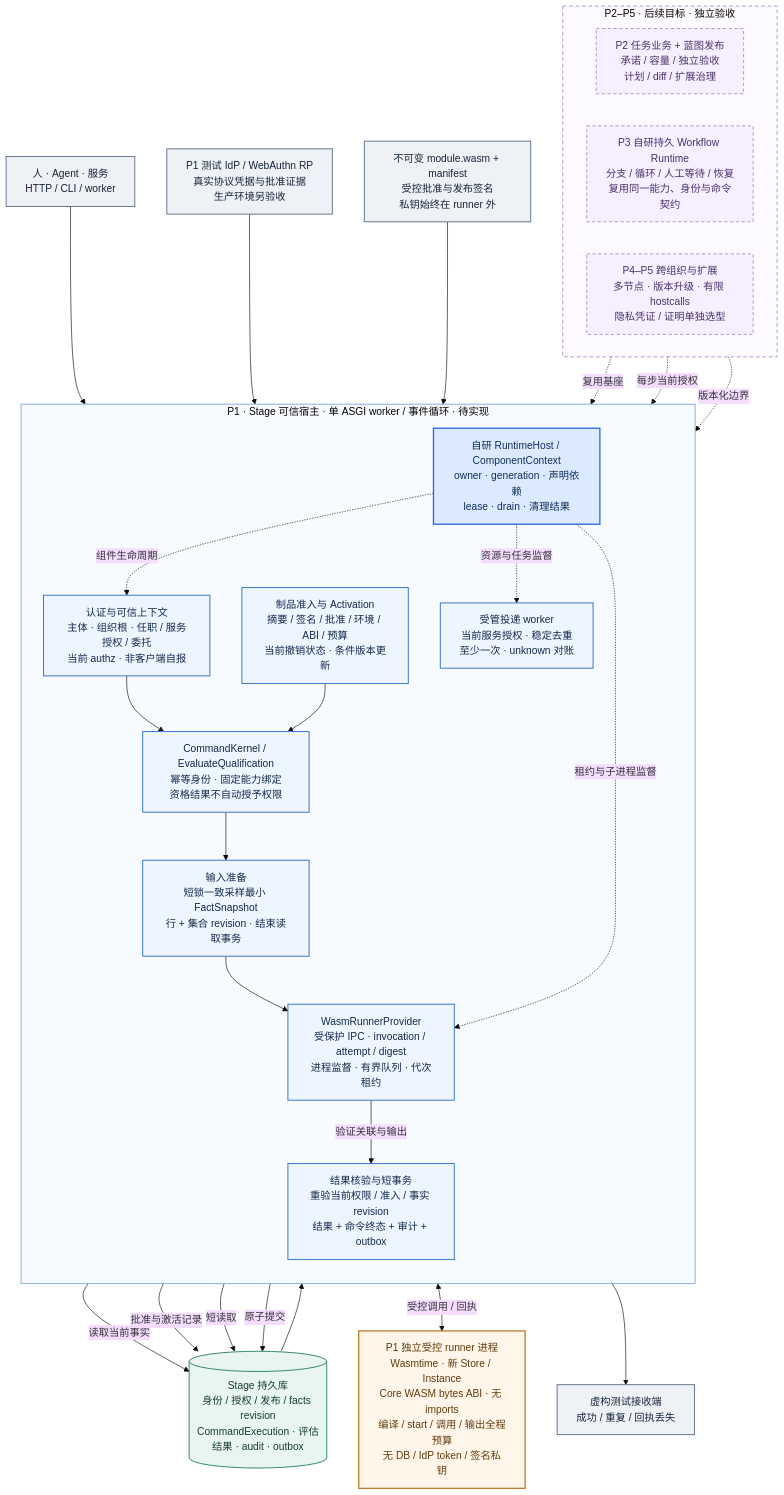
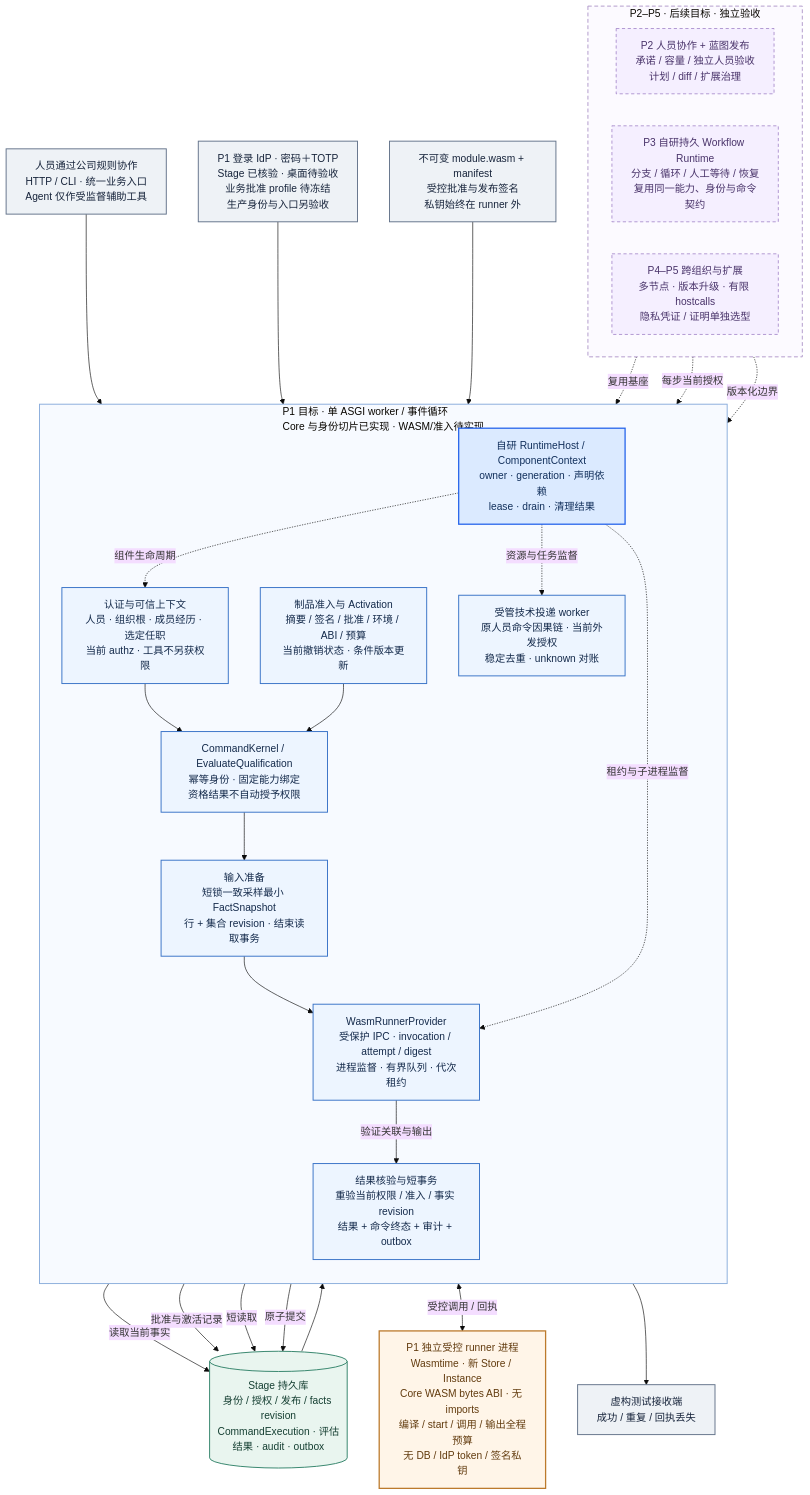
Before and after one commit to OrchestraCorp/Stage: the diagram in docs/diagrams/stage-architecture.mmd, drawn with Mermaid (base theme). The commit also changed 288 other files, not shown here.

Commit message:
Complete controlled identity foundation and close architecture audit

```diff
--- a/docs/diagrams/stage-architecture.mmd
+++ b/docs/diagrams/stage-architecture.mmd
@@ -1,64 +1,64 @@
 flowchart TB
-  accTitle: Stage 自研基座：组件运行时、真实身份与受控 WASM
-  accDescr: 一期由单 worker 可信宿主和独立 WASM runner 构成。身份、签名准入、受限计算及事务提交分别校验。紫色区域为后续业务与分布式扩展，所有新能力均待实现。
+  accTitle: Stage 人员协作基座：组件运行时、真实身份与受控 WASM
+  accDescr: 一期面向人员经公司规则协作，Agent 是受人员监督的工具，技术 worker 不成为业务成员。Core、最小人员命令、本人任职发现与登录 MFA 服务端已实现；Maestro 桌面交互、因素绑定恢复、WASM 与业务批准签名准入仍待完成。业务批准 profile 尚未冻结，图不预选 Stage RP 或 IdP step-up。单 worker 可信宿主管理身份、准入和事务，目标独立 WASM runner 只进行有限计算；紫色为后续目标。
 
-  CLIENT["人 · Agent · 服务<br/>HTTP / CLI / worker"]
-  IDP["P1 测试 IdP / WebAuthn RP<br/>真实协议凭据与批准证据<br/>生产环境另验收"]
+  CLIENT["人员通过公司规则协作<br/>HTTP / CLI · 统一业务入口<br/>Agent 仅作受监督辅助工具"]
+  IDP["P1 登录 IdP · 密码＋TOTP<br/>Stage 已核验 · 桌面待验收<br/>业务批准 profile 待冻结<br/>生产身份与入口另验收"]
   ART["不可变 module.wasm + manifest<br/>受控批准与发布签名<br/>私钥始终在 runner 外"]
 
-  subgraph HOST["P1 · Stage 可信宿主 · 单 ASGI worker / 事件循环 · 待实现"]
+  subgraph HOST["P1 目标 · 单 ASGI worker / 事件循环<br/>Core 与身份切片已实现 · WASM/准入待实现"]
     direction TB
     RT["自研 RuntimeHost / ComponentContext<br/>owner · generation · 声明依赖<br/>lease · drain · 清理结果"]
-    AUTH["认证与可信上下文<br/>主体 · 组织根 · 任职 / 服务授权 / 委托<br/>当前 authz · 非客户端自报"]
+    AUTH["认证与可信上下文<br/>人员 · 组织根 · 成员经历 · 选定任职<br/>当前 authz · 工具不另获权限"]
     RELEASE["制品准入与 Activation<br/>摘要 / 签名 / 批准 / 环境 / ABI / 预算<br/>当前撤销状态 · 条件版本更新"]
     CMD["CommandKernel / EvaluateQualification<br/>幂等身份 · 固定能力绑定<br/>资格结果不自动授予权限"]
     FACT["输入准备<br/>短锁一致采样最小 FactSnapshot<br/>行 + 集合 revision · 结束读取事务"]
     SUP["WasmRunnerProvider<br/>受保护 IPC · invocation / attempt / digest<br/>进程监督 · 有界队列 · 代次租约"]
     COMMIT["结果核验与短事务<br/>重验当前权限 / 准入 / 事实 revision<br/>结果 + 命令终态 + 审计 + outbox"]
-    OUTBOX["受管投递 worker<br/>当前服务授权 · 稳定去重<br/>至少一次 · unknown 对账"]
+    OUTBOX["受管技术投递 worker<br/>原人员命令因果链 · 当前外发授权<br/>稳定去重 · unknown 对账"]
     AUTH --> CMD
     RELEASE --> CMD
     CMD --> FACT --> SUP
     SUP -->|验证关联与输出| COMMIT
     RT -. "组件生命周期" .-> AUTH
     RT -. "租约与子进程监督" .-> SUP
     RT -. "资源与任务监督" .-> OUTBOX
   end
 
   RUNNER["P1 独立受控 runner 进程<br/>Wasmtime · 新 Store / Instance<br/>Core WASM bytes ABI · 无 imports<br/>编译 / start / 调用 / 输出全程预算<br/>无 DB / IdP token / 签名私钥"]
   DB[("Stage 持久库<br/>身份 / 授权 / 发布 / facts revision<br/>CommandExecution · 评估结果 · audit · outbox")]
   SINK["虚构测试接收端<br/>成功 / 重复 / 回执丢失"]
   CLIENT --> AUTH
   IDP --> AUTH
   ART --> RELEASE
   AUTH -->|读取当前事实| DB
   RELEASE -->|批准与激活记录| DB
   FACT -->|短读取| DB
   SUP <-->|受控调用 / 回执| RUNNER
   COMMIT -->|原子提交| DB
   DB --> OUTBOX --> SINK
 
   subgraph LATER["P2–P5 · 后续目标 · 独立验收"]
     direction LR
-    BIZ["P2 任务业务 + 蓝图发布<br/>承诺 / 容量 / 独立验收<br/>计划 / diff / 扩展治理"]
+    BIZ["P2 人员协作 + 蓝图发布<br/>承诺 / 容量 / 独立人员验收<br/>计划 / diff / 扩展治理"]
     FLOW["P3 自研持久 Workflow Runtime<br/>分支 / 循环 / 人工等待 / 恢复<br/>复用同一能力、身份与命令契约"]
     DIST["P4–P5 跨组织与扩展<br/>多节点 · 版本升级 · 有限 hostcalls<br/>隐私凭证 / 证明单独选型"]
   end
   BIZ -. "复用基座" .-> CMD
   FLOW -. "每步当前授权" .-> AUTH
   DIST -. "版本化边界" .-> RT
 
   classDef external fill:#eef2f6,stroke:#64748b,color:#17243b,stroke-width:1.5px;
   classDef phase fill:#edf5ff,stroke:#3973c7,color:#142a4b,stroke-width:1.5px;
   classDef runtime fill:#dbeaff,stroke:#2563eb,color:#12305c,stroke-width:2px;
   classDef isolated fill:#fff5e8,stroke:#bc7a2c,color:#623b0e,stroke-width:2px;
   classDef data fill:#e9f5ef,stroke:#34846b,color:#153f32,stroke-width:1.5px;
   classDef future fill:#f5efff,stroke:#8b65ba,color:#49336a,stroke-dasharray:5 4;
   class CLIENT,IDP,ART,SINK external;
   class AUTH,RELEASE,CMD,FACT,SUP,COMMIT,OUTBOX phase;
   class RT runtime;
   class RUNNER isolated;
   class DB data;
   class BIZ,FLOW,DIST future;
   style HOST fill:#f7faff,stroke:#8baedc,stroke-width:1.5px
   style LATER fill:#fcfaff,stroke:#b29acb,stroke-width:1.5px,stroke-dasharray:6 4
```
